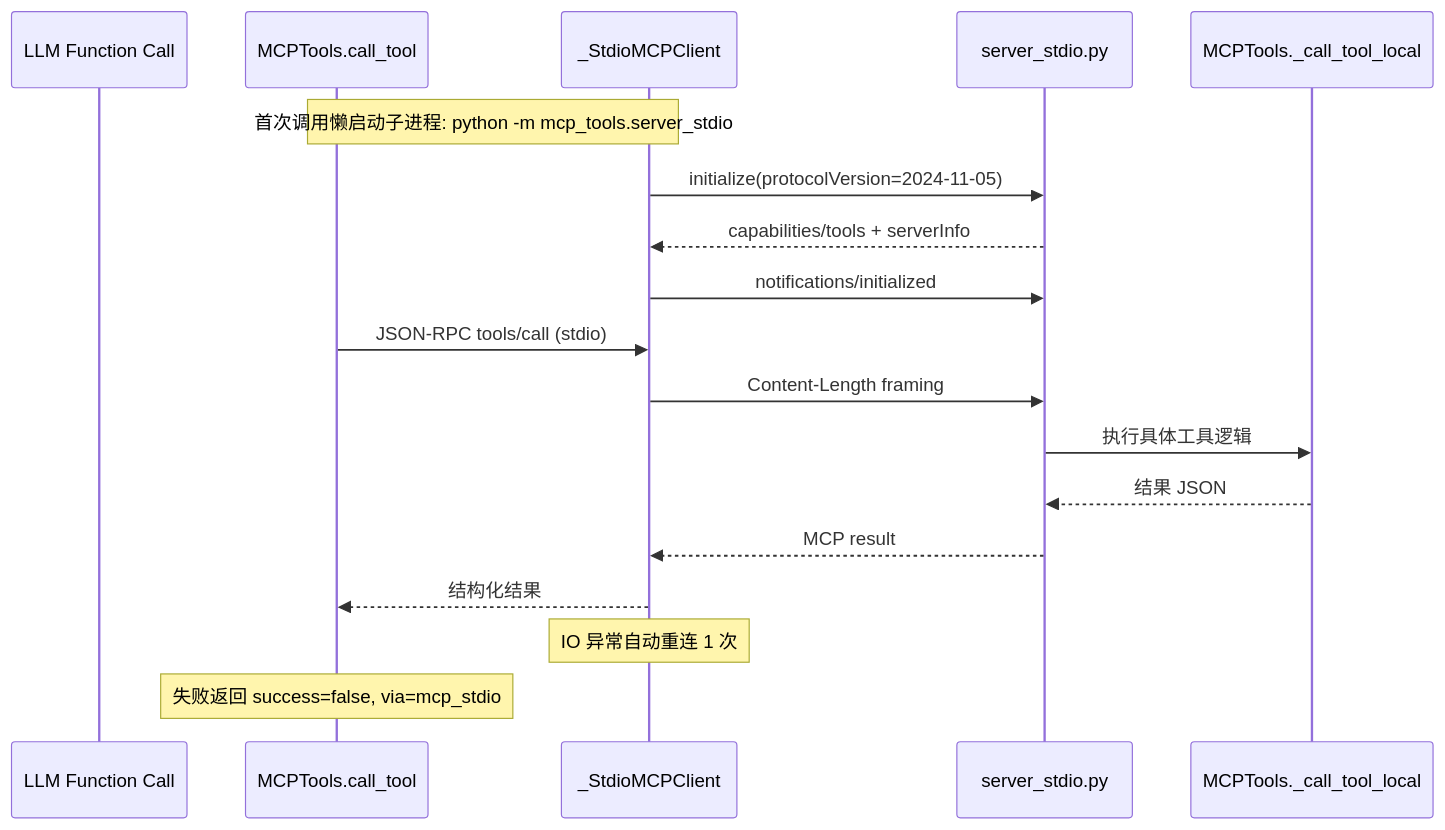
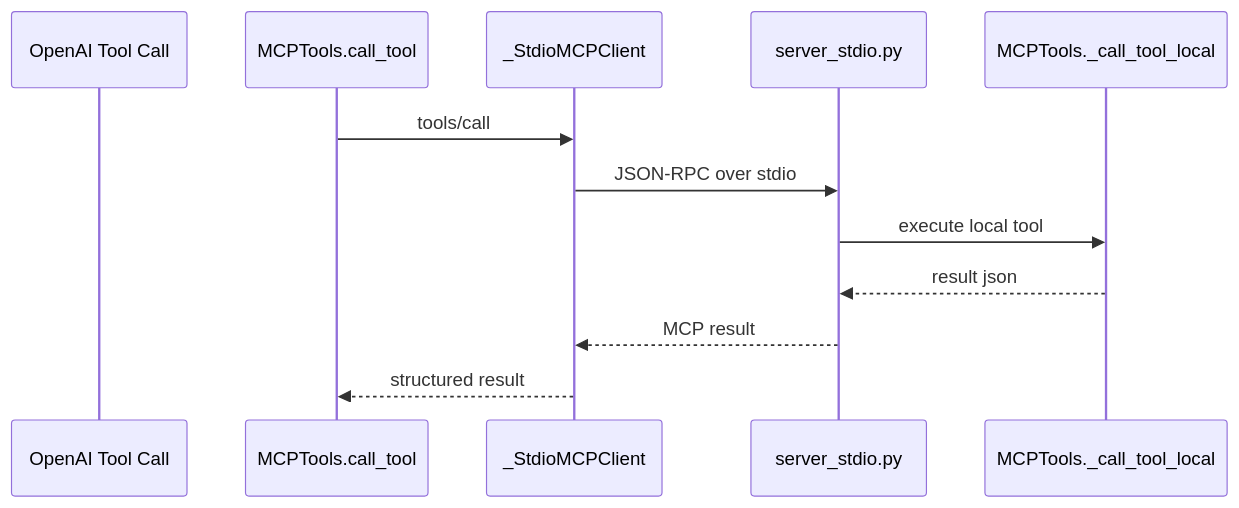
One commit to Eric-he-cn/course-pilot changed the eighth of 13 diagrams in docs/guides/architecture.md. Above: the diagram before and after it, drawn with Mermaid. The commit also changed other lines of this file, not shown here.

Commit message:
docs: enrich architecture guide visuals and storage details

````diff
--- a/docs/guides/architecture.md
+++ b/docs/guides/architecture.md
@@ -149,21 +700,15 @@
 ```mermaid
 sequenceDiagram
-    participant LLM as LLM Function Call
+    participant LLM as OpenAI Tool Call
     participant CLI as MCPTools.call_tool
     participant MCPC as _StdioMCPClient
     participant MCPS as server_stdio.py
     participant LOC as MCPTools._call_tool_local
 
-    Note over CLI,MCPC: 首次调用懒启动子进程: python -m mcp_tools.server_stdio
-    MCPC->>MCPS: initialize(protocolVersion=2024-11-05)
-    MCPS-->>MCPC: capabilities/tools + serverInfo
-    MCPC->>MCPS: notifications/initialized
-    CLI->>MCPC: JSON-RPC tools/call (stdio)
-    MCPC->>MCPS: Content-Length framing
-    MCPS->>LOC: 执行具体工具逻辑
-    LOC-->>MCPS: 结果 JSON
+    CLI->>MCPC: tools/call
+    MCPC->>MCPS: JSON-RPC over stdio
+    MCPS->>LOC: execute local tool
+    LOC-->>MCPS: result json
     MCPS-->>MCPC: MCP result
-    MCPC-->>CLI: 结构化结果
-    Note over MCPC: IO 异常自动重连 1 次
-    Note over CLI: 失败返回 success=false, via=mcp_stdio
+    MCPC-->>CLI: structured result
 ```
````
